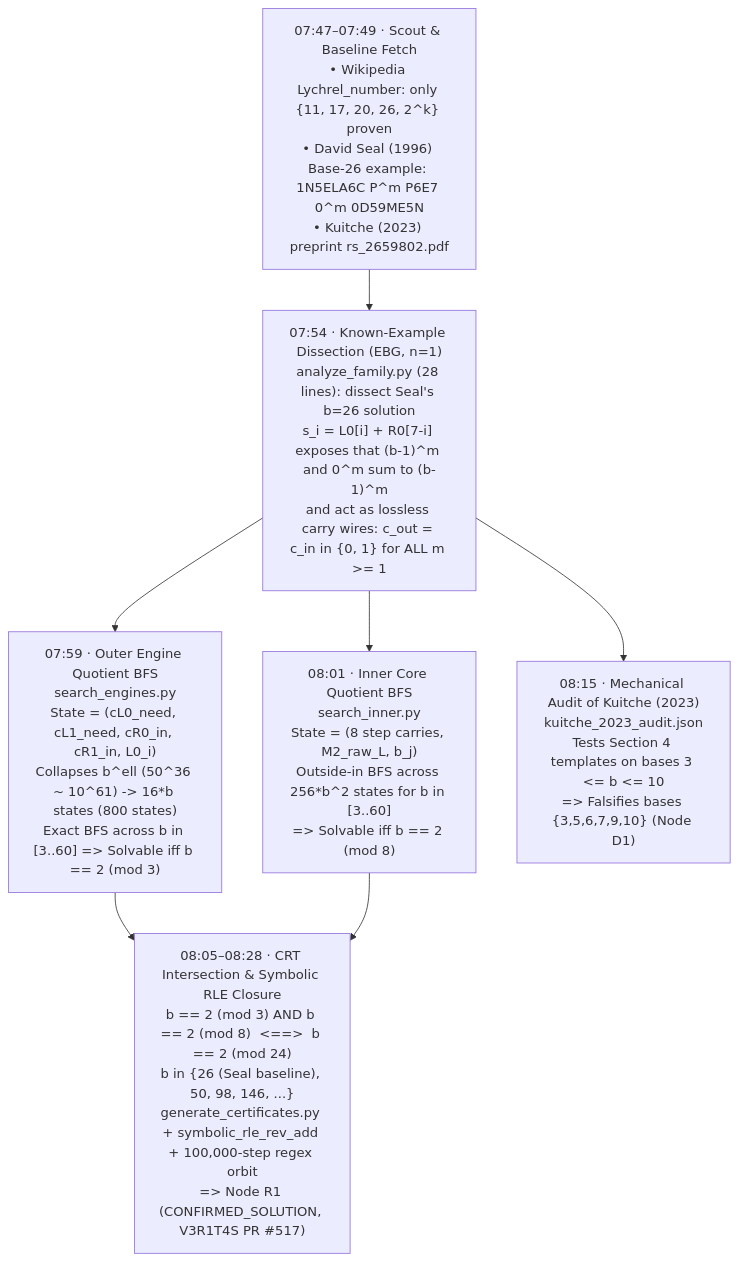
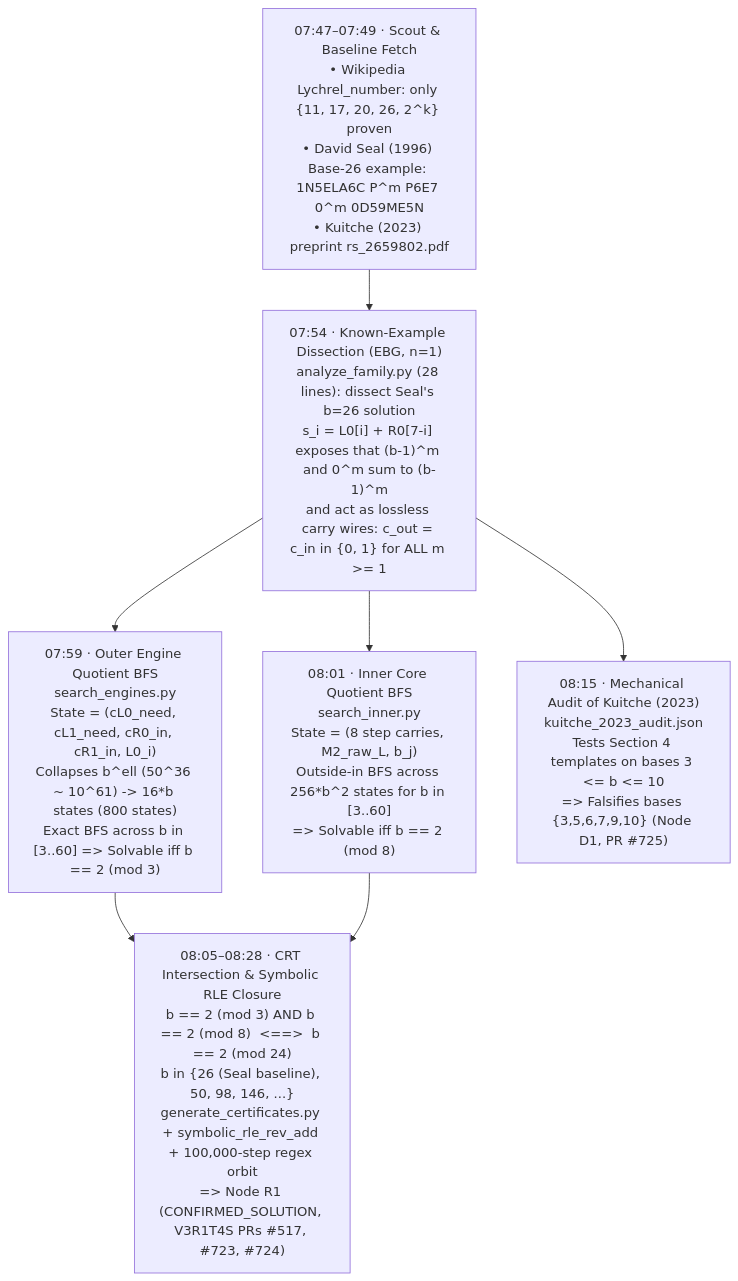
The second of 4 diagrams in docs/01_OUR_JOURNEY_AND_RESULTS.md (mizopl/we-star), drawn with Mermaid before and after one commit. The commit also changed other lines of this file and 3 other files, not shown here.

````diff
--- a/docs/01_OUR_JOURNEY_AND_RESULTS.md
+++ b/docs/01_OUR_JOURNEY_AND_RESULTS.md
@@ -152,12 +152,12 @@
 ```mermaid
 flowchart TD
     S0["07:47–07:49 · Scout & Baseline Fetch\n• Wikipedia Lychrel_number: only {11, 17, 20, 26, 2^k} proven\n• David Seal (1996) Base-26 example: 1N5ELA6C P^m P6E7 0^m 0D59ME5N\n• Kuitche (2023) preprint rs_2659802.pdf"] --> S1
 
     S1["07:54 · Known-Example Dissection (EBG, n=1)\nanalyze_family.py (28 lines): dissect Seal's b=26 solution\ns_i = L0[i] + R0[7-i] exposes that (b-1)^m and 0^m sum to (b-1)^m\nand act as lossless carry wires: c_out = c_in in {0, 1} for ALL m >= 1"] --> S2A & S2B & S2C
 
     S2A["07:59 · Outer Engine Quotient BFS\nsearch_engines.py\nState = (cL0_need, cL1_need, cR0_in, cR1_in, L0_i)\nCollapses b^ell (50^36 ~ 10^61) -> 16*b states (800 states)\nExact BFS across b in [3..60] => Solvable iff b == 2 (mod 3)"]
     S2B["08:01 · Inner Core Quotient BFS\nsearch_inner.py\nState = (8 step carries, M2_raw_L, b_j)\nOutside-in BFS across 256*b^2 states for b in [3..60]\n=> Solvable iff b == 2 (mod 8)"]
-    S2C["08:15 · Mechanical Audit of Kuitche (2023)\nkuitche_2023_audit.json\nTests Section 4 templates on bases 3 <= b <= 10\n=> Falsifies bases {3,5,6,7,9,10} (Node D1)"]
+    S2C["08:15 · Mechanical Audit of Kuitche (2023)\nkuitche_2023_audit.json\nTests Section 4 templates on bases 3 <= b <= 10\n=> Falsifies bases {3,5,6,7,9,10} (Node D1, PR #725)"]
 
-    S2A & S2B --> S3["08:05–08:28 · CRT Intersection & Symbolic RLE Closure\nb == 2 (mod 3) AND b == 2 (mod 8)  <==>  b == 2 (mod 24)\nb in {26 (Seal baseline), 50, 98, 146, ...}\ngenerate_certificates.py + symbolic_rle_rev_add + 100,000-step regex orbit\n=> Node R1 (CONFIRMED_SOLUTION, V3R1T4S PR #517)"]
+    S2A & S2B --> S3["08:05–08:28 · CRT Intersection & Symbolic RLE Closure\nb == 2 (mod 3) AND b == 2 (mod 8)  <==>  b == 2 (mod 24)\nb in {26 (Seal baseline), 50, 98, 146, ...}\ngenerate_certificates.py + symbolic_rle_rev_add + 100,000-step regex orbit\n=> Node R1 (CONFIRMED_SOLUTION, V3R1T4S PRs #517, #723, #724)"]
 ```
````
